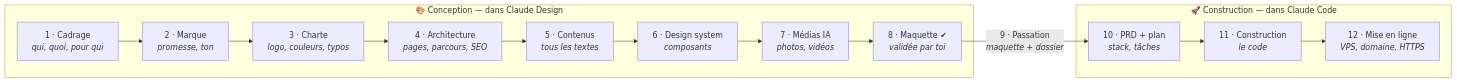
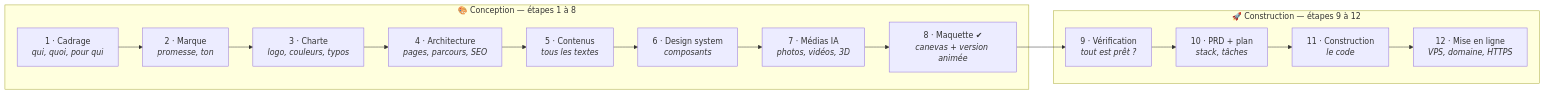
One commit to ohvignas/lancetonsite changed the diagram in README.md. Above: the diagram before and after it, drawn with Mermaid. The commit also changed other lines of this file and 215 other files, not shown here.

First line of the commit message:
1.4.0 : tout dans Claude Code, exemples B2B/B2C validés, kit v3

````diff
--- a/README.md
+++ b/README.md
@@ -53,13 +53,13 @@
 ```mermaid
 flowchart LR
-  subgraph D["🎨 Conception — dans Claude Design"]
+  subgraph D["🎨 Conception — étapes 1 à 8"]
     A1["1 · Cadrage<br/><i>qui, quoi, pour qui</i>"] --> A2["2 · Marque<br/><i>promesse, ton</i>"] --> A3["3 · Charte<br/><i>logo, couleurs, typos</i>"]
     A3 --> A4["4 · Architecture<br/><i>pages, parcours, SEO</i>"] --> A5["5 · Contenus<br/><i>tous les textes</i>"]
-    A5 --> A6["6 · Design system<br/><i>composants</i>"] --> A7["7 · Médias IA<br/><i>photos, vidéos</i>"]
-    A7 --> A8["8 · Maquette ✔<br/><i>validée par toi</i>"]
+    A5 --> A6["6 · Design system<br/><i>composants</i>"] --> A7["7 · Médias IA<br/><i>photos, vidéos, 3D</i>"]
+    A7 --> A8["8 · Maquette ✔<br/><i>canevas + version animée</i>"]
   end
-  A8 -- "9 · Passation<br/><i>maquette + dossier</i>" --> A10
-  subgraph C["🚀 Construction — dans Claude Code"]
-    A10["10 · PRD + plan<br/><i>stack, tâches</i>"] --> A11["11 · Construction<br/><i>le code</i>"] --> A12["12 · Mise en ligne<br/><i>VPS, domaine, HTTPS</i>"]
+  A8 --> A9
+  subgraph C["🚀 Construction — étapes 9 à 12"]
+    A9["9 · Vérification<br/><i>tout est prêt ?</i>"] --> A10["10 · PRD + plan<br/><i>stack, tâches</i>"] --> A11["11 · Construction<br/><i>le code</i>"] --> A12["12 · Mise en ligne<br/><i>VPS, domaine, HTTPS</i>"]
   end
 ```
````
